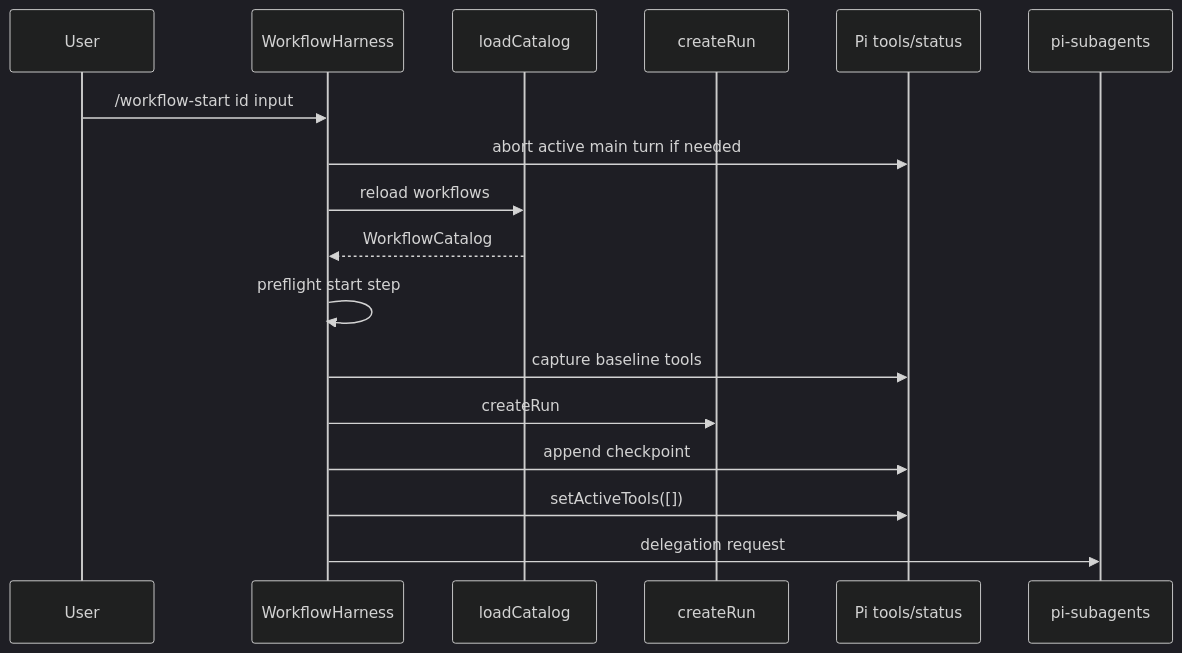
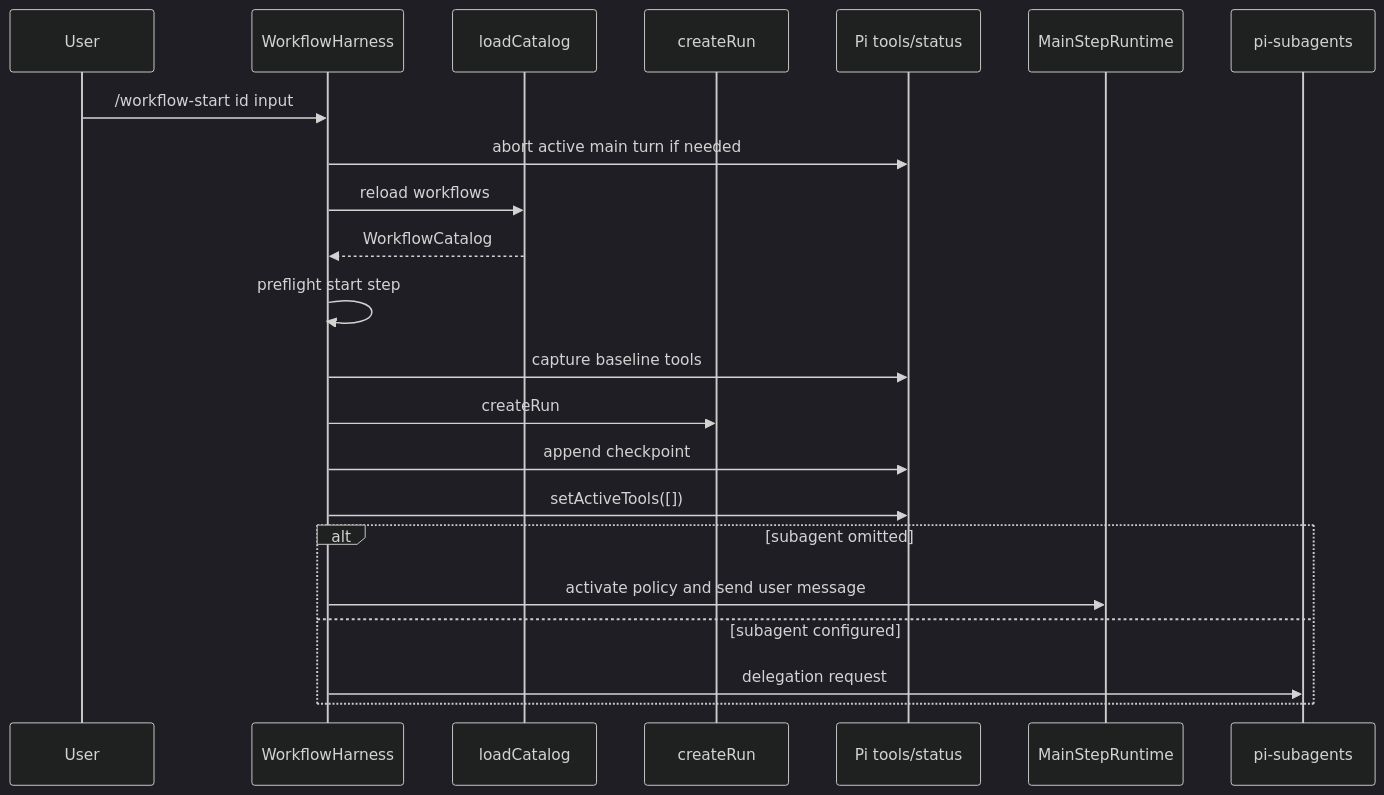
The second of 7 diagrams in openwiki/architecture/runtime-lifecycle.md (wichayutdew/pi-workflows), drawn with Mermaid (dark theme) before and after one commit. The commit also changed other lines of this file and 84 other files, not shown here.

````diff
--- a/openwiki/architecture/runtime-lifecycle.md
+++ b/openwiki/architecture/runtime-lifecycle.md
@@ -28,20 +28,25 @@
 ```mermaid
 sequenceDiagram
   participant User
   participant Harness as WorkflowHarness
   participant Config as loadCatalog
   participant Engine as createRun
   participant Pi as Pi tools/status
+  participant Main as MainStepRuntime
   participant Sub as pi-subagents
 
   User->>Harness: /workflow-start id input
   Harness->>Pi: abort active main turn if needed
   Harness->>Config: reload workflows
   Config-->>Harness: WorkflowCatalog
   Harness->>Harness: preflight start step
   Harness->>Pi: capture baseline tools
   Harness->>Engine: createRun
   Harness->>Pi: append checkpoint
   Harness->>Pi: setActiveTools([])
-  Harness->>Sub: delegation request
+  alt subagent omitted
+    Harness->>Main: activate policy and send user message
+  else subagent configured
+    Harness->>Sub: delegation request
+  end
 ```
````
